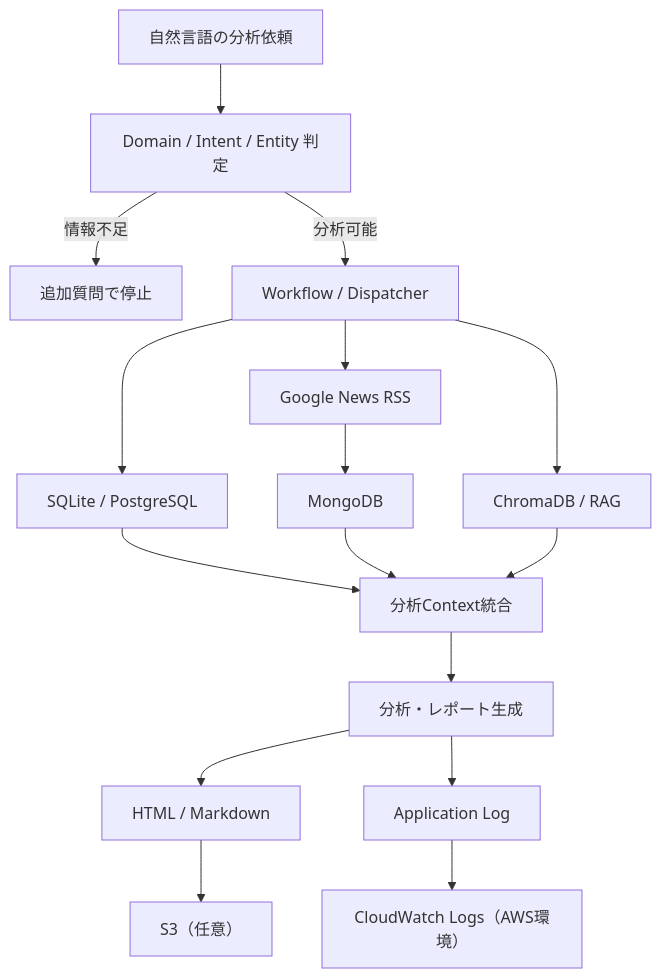
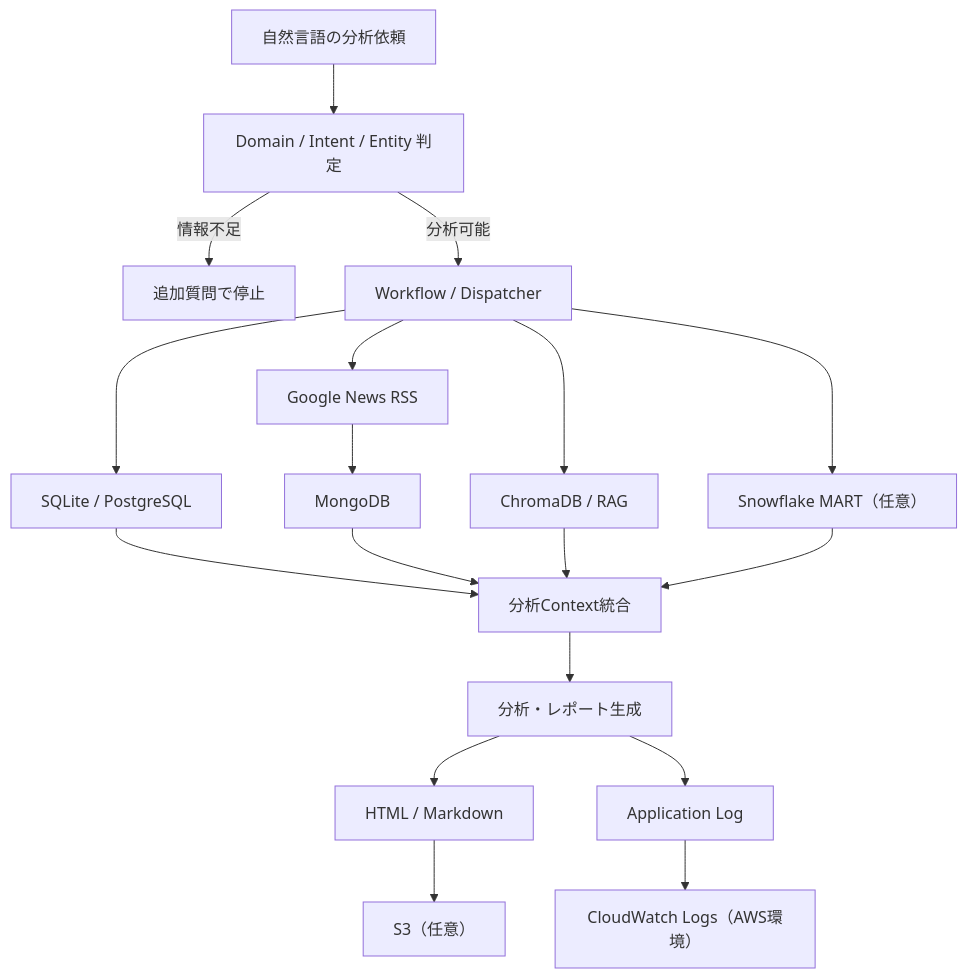
The diagram in README.md (akihide-lab/ai-agent-stock-analysis), drawn with Mermaid before and after one commit. The commit also changed other lines of this file and 22 other files, not shown here.

````diff
--- a/README.md
+++ b/README.md
@@ -44,18 +47,20 @@
 ```mermaid
 flowchart TD
     A["自然言語の分析依頼"] --> B["Domain / Intent / Entity 判定"]
     B -->|情報不足| C["追加質問で停止"]
     B -->|分析可能| D["Workflow / Dispatcher"]
     D --> E["SQLite / PostgreSQL"]
     D --> F["Google News RSS"]
     F --> G["MongoDB"]
     D --> H["ChromaDB / RAG"]
+    D --> O["Snowflake MART（任意）"]
     E --> I["分析Context統合"]
     G --> I
     H --> I
+    O --> I
     I --> J["分析・レポート生成"]
     J --> K["HTML / Markdown"]
     K --> L["S3（任意）"]
     J --> M["Application Log"]
     M --> N["CloudWatch Logs（AWS環境）"]
 ```
````
